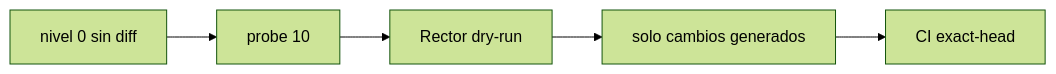
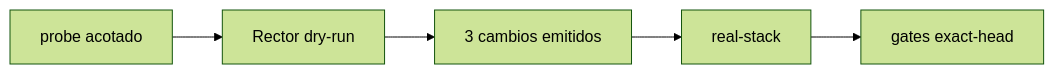
Before and after one commit to pl0n3r/brvtal: the diagram in README.md, drawn with Mermaid (forest theme). The commit also changed other lines of this file, not shown here.

Commit message:
docs: sync Rector refactor snapshot (#653)

````diff
--- a/README.md
+++ b/README.md
@@ -43,7 +44,7 @@
 ```mermaid
 flowchart LR
-  A["nivel 0 sin diff"] --> P["probe 10"]
-  P --> D["Rector dry-run"]
-  D --> C["solo cambios generados"]
-  C --> V["CI exact-head"]
+  P["probe acotado"] --> R["Rector dry-run"]
+  R --> D["3 cambios emitidos"]
+  D --> T["real-stack"]
+  T --> V["gates exact-head"]
 ```
````
